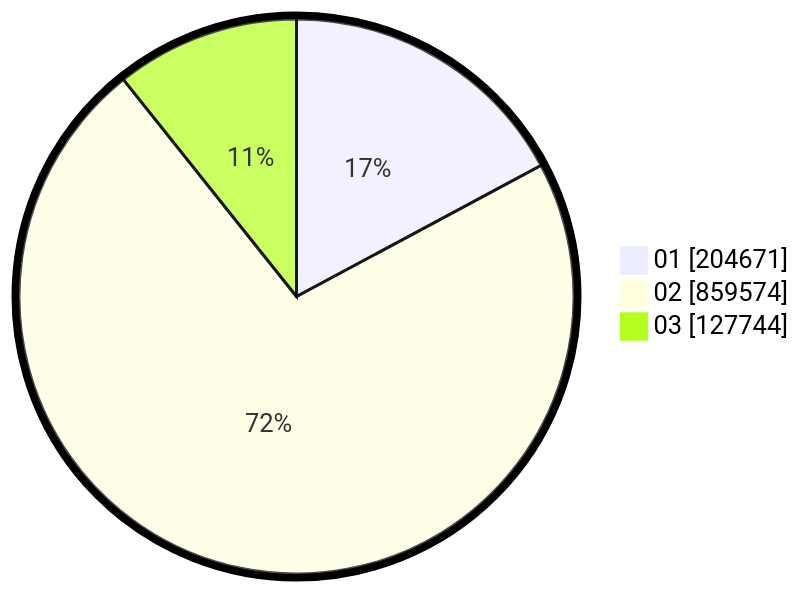
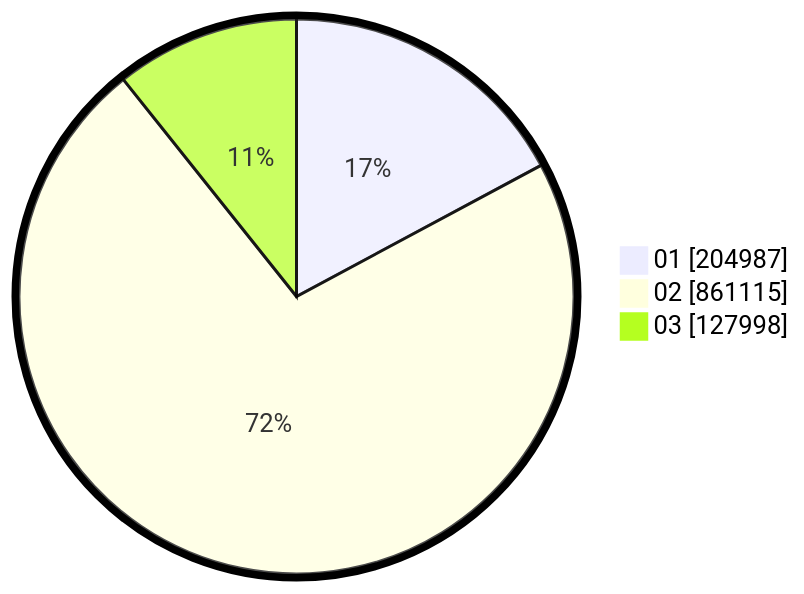
The second of 2 diagrams in pilpres/hitung-suara/sub/table-wilayah-62.md (gigit-pemilu/pemilu-2024), drawn with Mermaid before and after one commit. The commit also changed other lines of this file and 12 other files, not shown here.

````diff
--- a/pilpres/hitung-suara/sub/table-wilayah-62.md
+++ b/pilpres/hitung-suara/sub/table-wilayah-62.md
@@ -15,7 +15,7 @@
 ```mermaid
 %%{init: {"pie": {"textPosition": 0.5}, "themeVariables": {"pieOuterStrokeWidth": "5px"}} }%%
 pie showData
-    "01" : 204671
-    "02" : 859574
-    "03" : 127744
+    "01" : 204987
+    "02" : 861115
+    "03" : 127998
 ```
````
